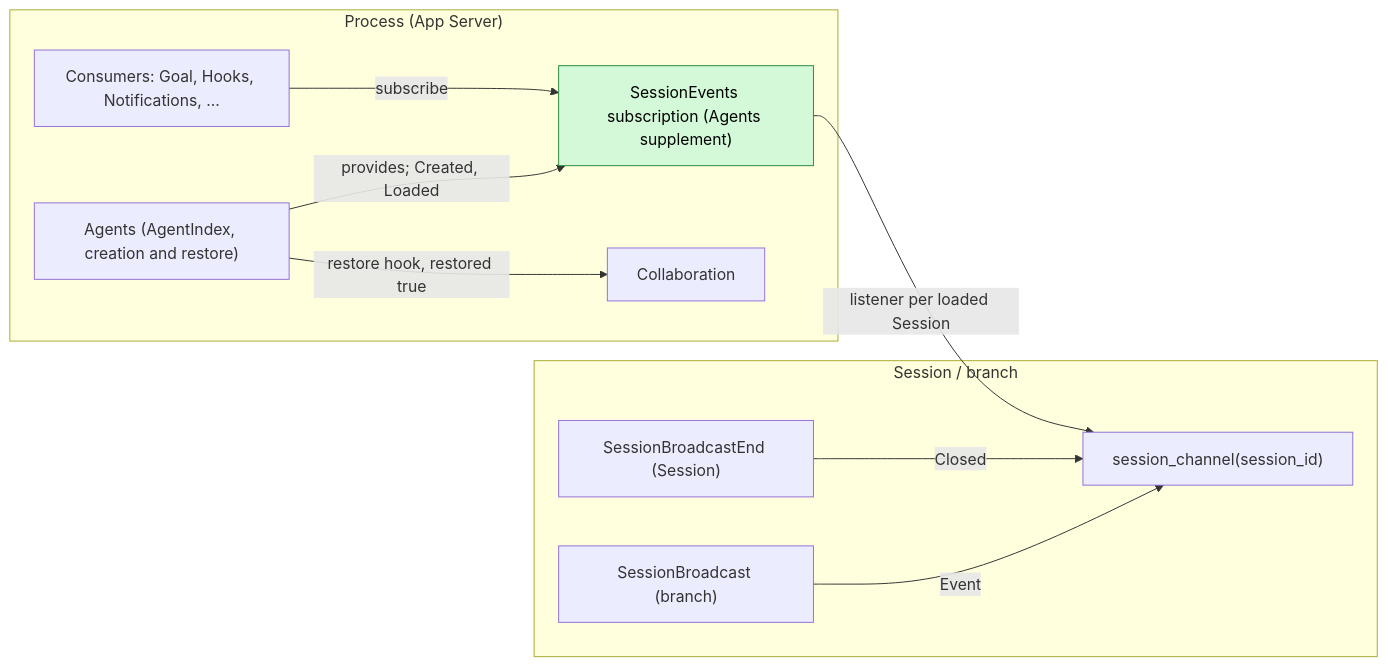
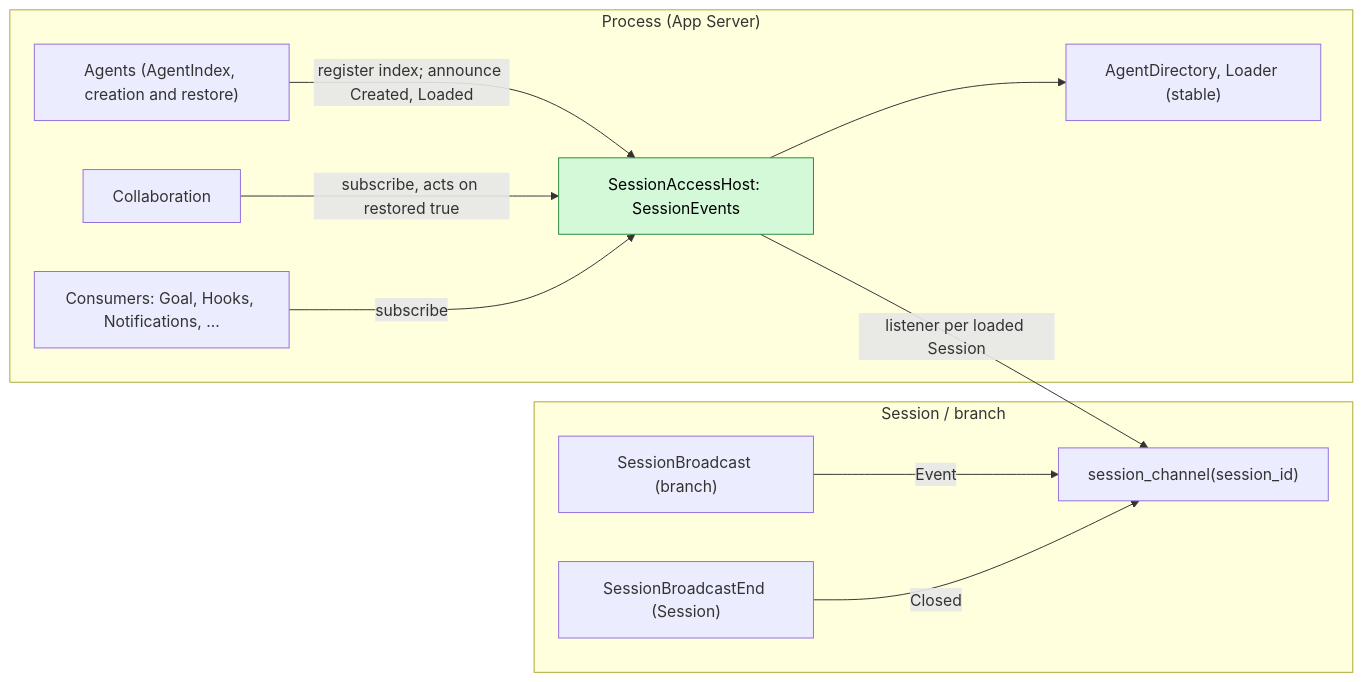
The first of 5 diagrams in docs/design/contracts/session-broadcast-subscription.md (CoutinhoTTS/dim-agent), drawn with Mermaid before and after one commit. The commit also changed other lines of this file and 4 other files, not shown here.

````diff
--- a/docs/design/contracts/session-broadcast-subscription.md
+++ b/docs/design/contracts/session-broadcast-subscription.md
@@ -9,21 +9,23 @@
 ```mermaid
 flowchart LR
   subgraph PROC["Process (App Server)"]
+    Dir["AgentDirectory, Loader (stable)"]
     Agents["Agents (AgentIndex, creation and restore)"]
-    SE["SessionEvents subscription (Agents supplement)"]:::new
+    SE["SessionAccessHost: SessionEvents"]:::new
     Coll["Collaboration"]
     Cons["Consumers: Goal, Hooks, Notifications, ..."]
   end
   subgraph SESS["Session / branch"]
     SB["SessionBroadcast (branch)"]
     SBE["SessionBroadcastEnd (Session)"]
     Chan["session_channel(session_id)"]
   end
-  Agents -->|"provides; Created, Loaded"| SE
-  Agents -->|"restore hook, restored true"| Coll
+  SE --> Dir
+  Agents -->|"register index; announce Created, Loaded"| SE
+  Coll -->|"subscribe, acts on restored true"| SE
   SB -->|"Event"| Chan
   SBE -->|"Closed"| Chan
   SE -->|"listener per loaded Session"| Chan
   Cons -->|"subscribe"| SE
   classDef new fill:#d3f9d8,stroke:#2b8a3e,color:#000
 ```
````
